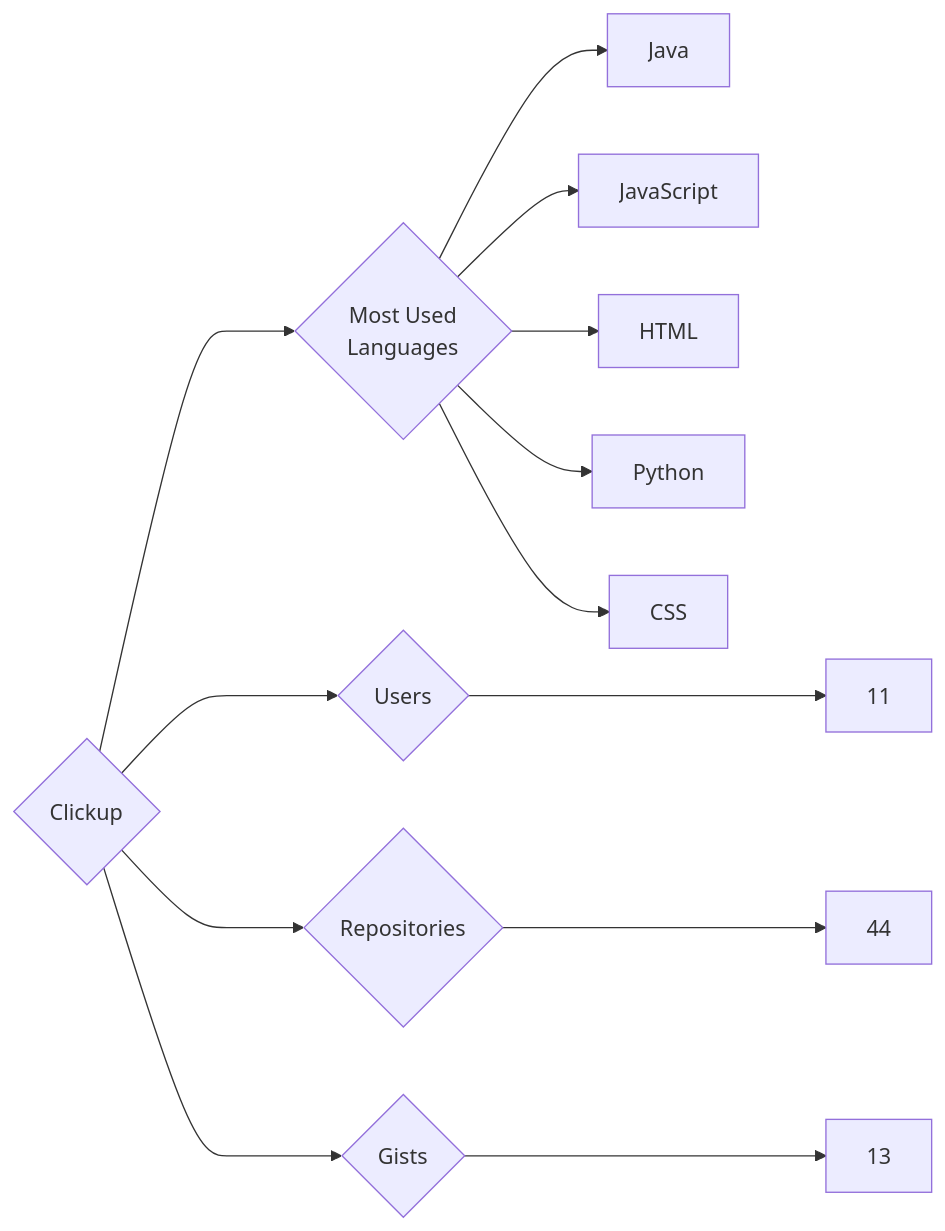
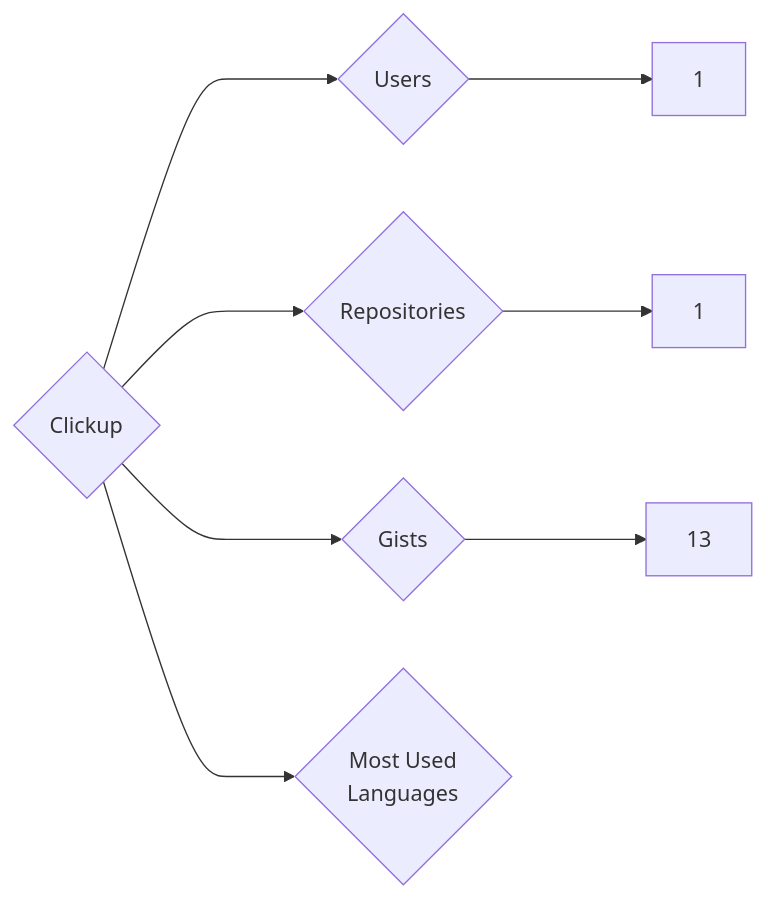
Before and after one commit to trickest/insiders: the diagram in targets/Clickup/README.md, drawn with Mermaid. The commit also changed 783 other files, not shown here.

````diff
--- a/targets/Clickup/README.md
+++ b/targets/Clickup/README.md
@@ -3,13 +3,8 @@
 ```mermaid
 graph LR
 COMPANY_NAME{Clickup}
-COMPANY_NAME ---> U{Users} ---> UN[11]
-COMPANY_NAME ---> R{Repositories} ---> RN[44]
+COMPANY_NAME ---> U{Users} ---> UN[1]
+COMPANY_NAME ---> R{Repositories} ---> RN[1]
 COMPANY_NAME ---> G{Gists} ---> GN[13]
 COMPANY_NAME ---> ML{Most Used<br>Languages}
-ML --> Java[Java]
-ML --> JavaScript[JavaScript]
-ML --> HTML[HTML]
-ML --> Python[Python]
-ML --> CSS[CSS]
 ```
````
